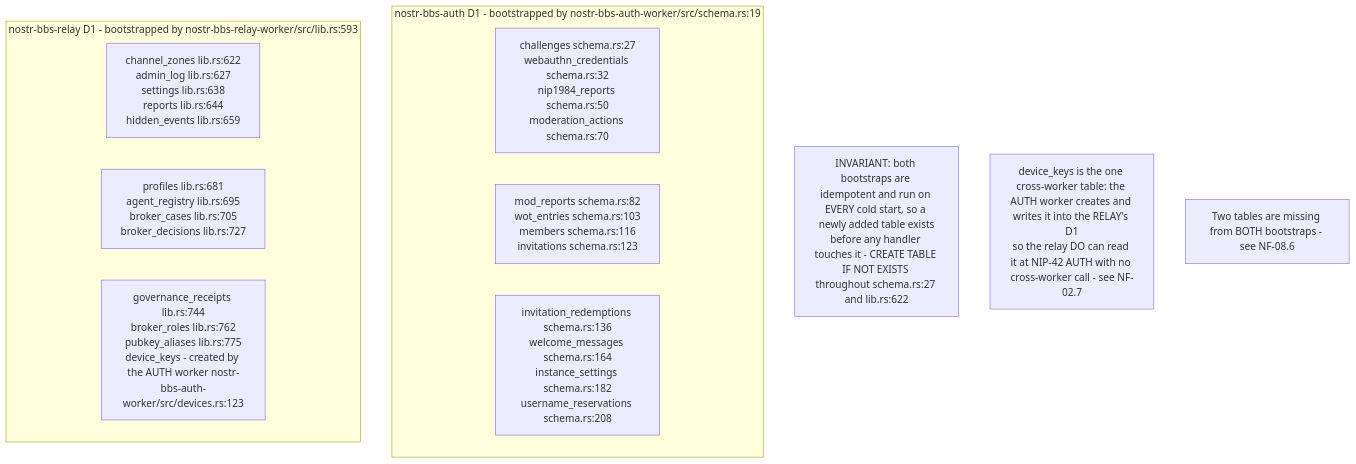
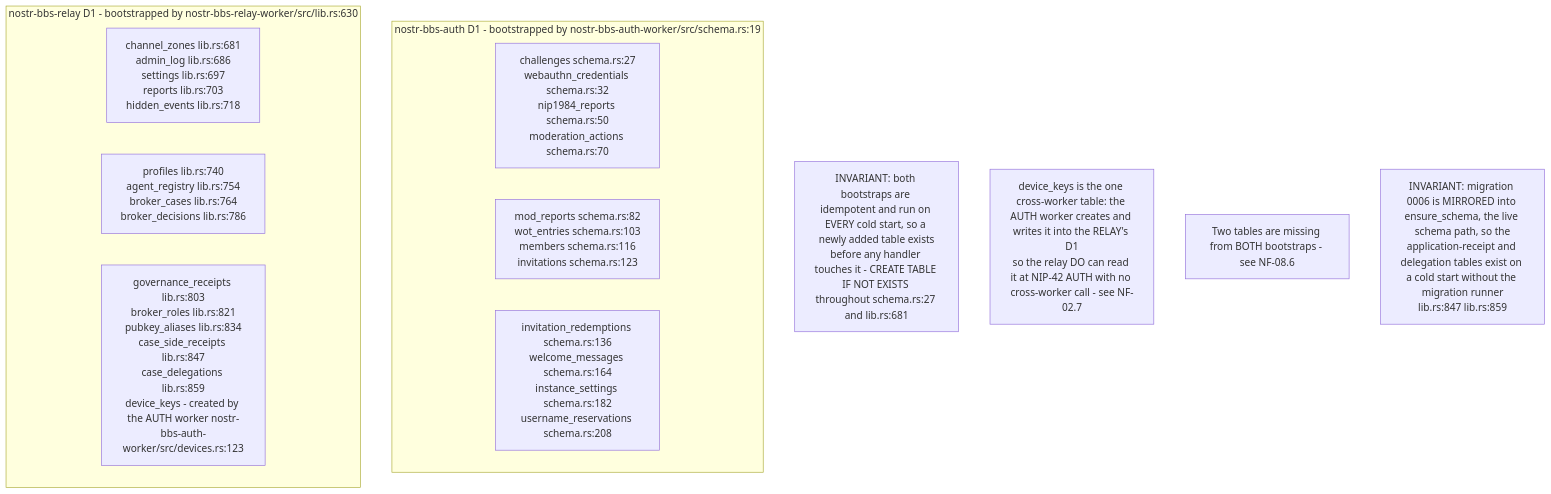
The fifth of 8 diagrams in docs/diagrams/nostr-rust-forum/08-config-zones-stores-and-admin-authority.md (DreamLab-AI/VisionFlow), drawn with Mermaid before and after one commit. The commit also changed other lines of this file and 11 other files, not shown here.

````diff
--- a/docs/diagrams/nostr-rust-forum/08-config-zones-stores-and-admin-authority.md
+++ b/docs/diagrams/nostr-rust-forum/08-config-zones-stores-and-admin-authority.md
@@ -152,17 +154,18 @@
 ```mermaid
 flowchart TB
     subgraph authd1["nostr-bbs-auth D1 - bootstrapped by nostr-bbs-auth-worker/src/schema.rs:19"]
         A1["challenges schema.rs:27<br/>webauthn_credentials schema.rs:32<br/>nip1984_reports schema.rs:50<br/>moderation_actions schema.rs:70"]
         A2["mod_reports schema.rs:82<br/>wot_entries schema.rs:103<br/>members schema.rs:116<br/>invitations schema.rs:123"]
         A3["invitation_redemptions schema.rs:136<br/>welcome_messages schema.rs:164<br/>instance_settings schema.rs:182<br/>username_reservations schema.rs:208"]
     end
-    subgraph relayd1["nostr-bbs-relay D1 - bootstrapped by nostr-bbs-relay-worker/src/lib.rs:593"]
-        R1["channel_zones lib.rs:622<br/>admin_log lib.rs:627<br/>settings lib.rs:638<br/>reports lib.rs:644<br/>hidden_events lib.rs:659"]
-        R2["profiles lib.rs:681<br/>agent_registry lib.rs:695<br/>broker_cases lib.rs:705<br/>broker_decisions lib.rs:727"]
-        R3["governance_receipts lib.rs:744<br/>broker_roles lib.rs:762<br/>pubkey_aliases lib.rs:775<br/>device_keys - created by the AUTH worker nostr-bbs-auth-worker/src/devices.rs:123"]
+    subgraph relayd1["nostr-bbs-relay D1 - bootstrapped by nostr-bbs-relay-worker/src/lib.rs:630"]
+        R1["channel_zones lib.rs:681<br/>admin_log lib.rs:686<br/>settings lib.rs:697<br/>reports lib.rs:703<br/>hidden_events lib.rs:718"]
+        R2["profiles lib.rs:740<br/>agent_registry lib.rs:754<br/>broker_cases lib.rs:764<br/>broker_decisions lib.rs:786"]
+        R3["governance_receipts lib.rs:803<br/>broker_roles lib.rs:821<br/>pubkey_aliases lib.rs:834<br/>case_side_receipts lib.rs:847<br/>case_delegations lib.rs:859<br/>device_keys - created by the AUTH worker nostr-bbs-auth-worker/src/devices.rs:123"]
     end
 
-    N1["INVARIANT: both bootstraps are idempotent and run on EVERY cold start, so a newly added table exists<br/>before any handler touches it - CREATE TABLE IF NOT EXISTS throughout schema.rs:27 and lib.rs:622"]
+    N1["INVARIANT: both bootstraps are idempotent and run on EVERY cold start, so a newly added table exists<br/>before any handler touches it - CREATE TABLE IF NOT EXISTS throughout schema.rs:27 and lib.rs:681"]
     N2["device_keys is the one cross-worker table: the AUTH worker creates and writes it into the RELAY's D1<br/>so the relay DO can read it at NIP-42 AUTH with no cross-worker call - see NF-02.7"]
     N3["Two tables are missing from BOTH bootstraps - see NF-08.6"]
+    N4["INVARIANT: migration 0006 is MIRRORED into ensure_schema, the live schema path, so the<br/>application-receipt and delegation tables exist on a cold start without the migration runner<br/>lib.rs:847 lib.rs:859"]
 ```
````
